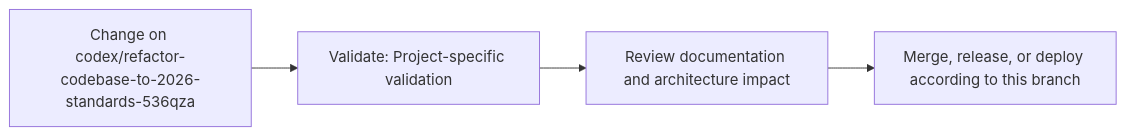
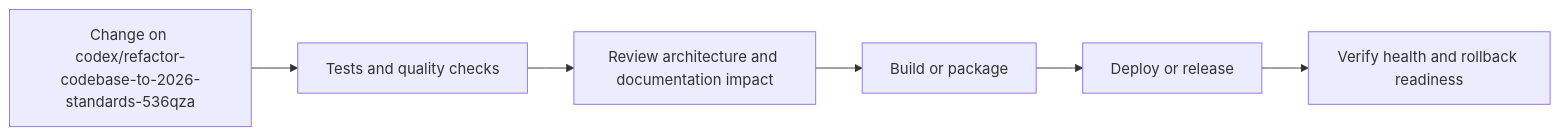
The fourth of 5 diagrams in README.md (Nischhalsubba/Creative-Agency), drawn with Mermaid before and after one commit. The commit also changed other lines of this file, not shown here.

````diff
--- a/README.md
+++ b/README.md
@@ -60,8 +128,8 @@
 ```mermaid
 flowchart LR
-    CHANGE["Change on codex/refactor-codebase-to-2026-standards-536qza"]
-    CHECK["Validate: Project-specific validation"]
-    REVIEW["Review documentation and architecture impact"]
-    RELEASE["Merge, release, or deploy according to this branch"]
-    CHANGE --> CHECK --> REVIEW --> RELEASE
+    CHANGE["Change on codex/refactor-codebase-to-2026-standards-536qza"] --> CHECK["Tests and quality checks"]
+    CHECK --> REVIEW["Review architecture and documentation impact"]
+    REVIEW --> BUILD["Build or package"]
+    BUILD --> DEPLOY["Deploy or release"]
+    DEPLOY --> VERIFY["Verify health and rollback readiness"]
 ```
````
